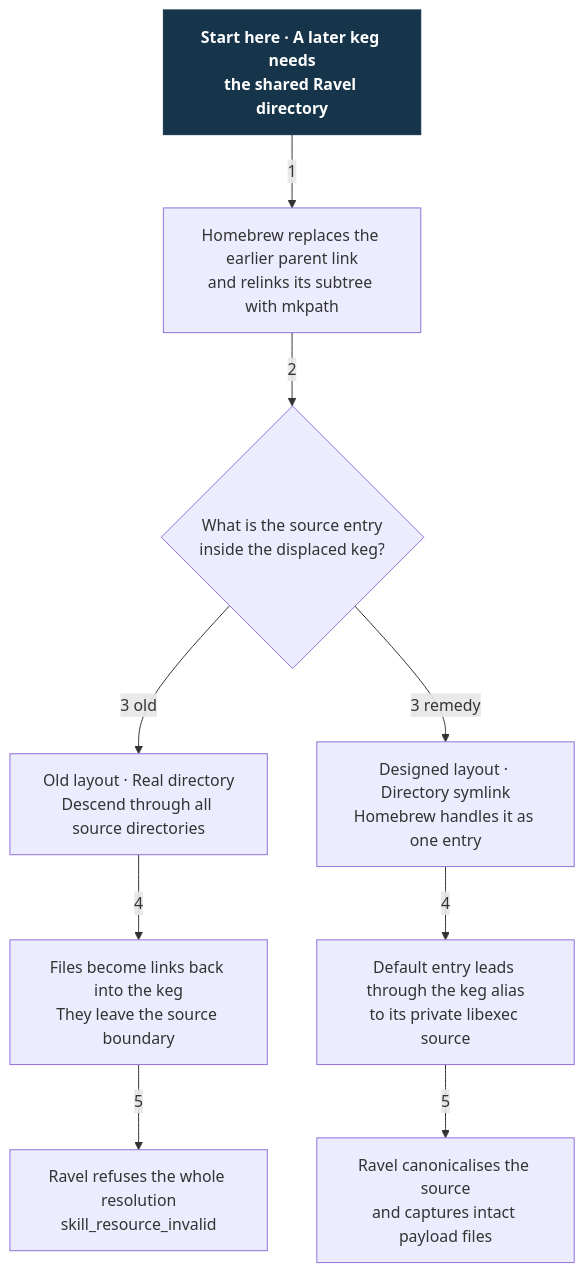
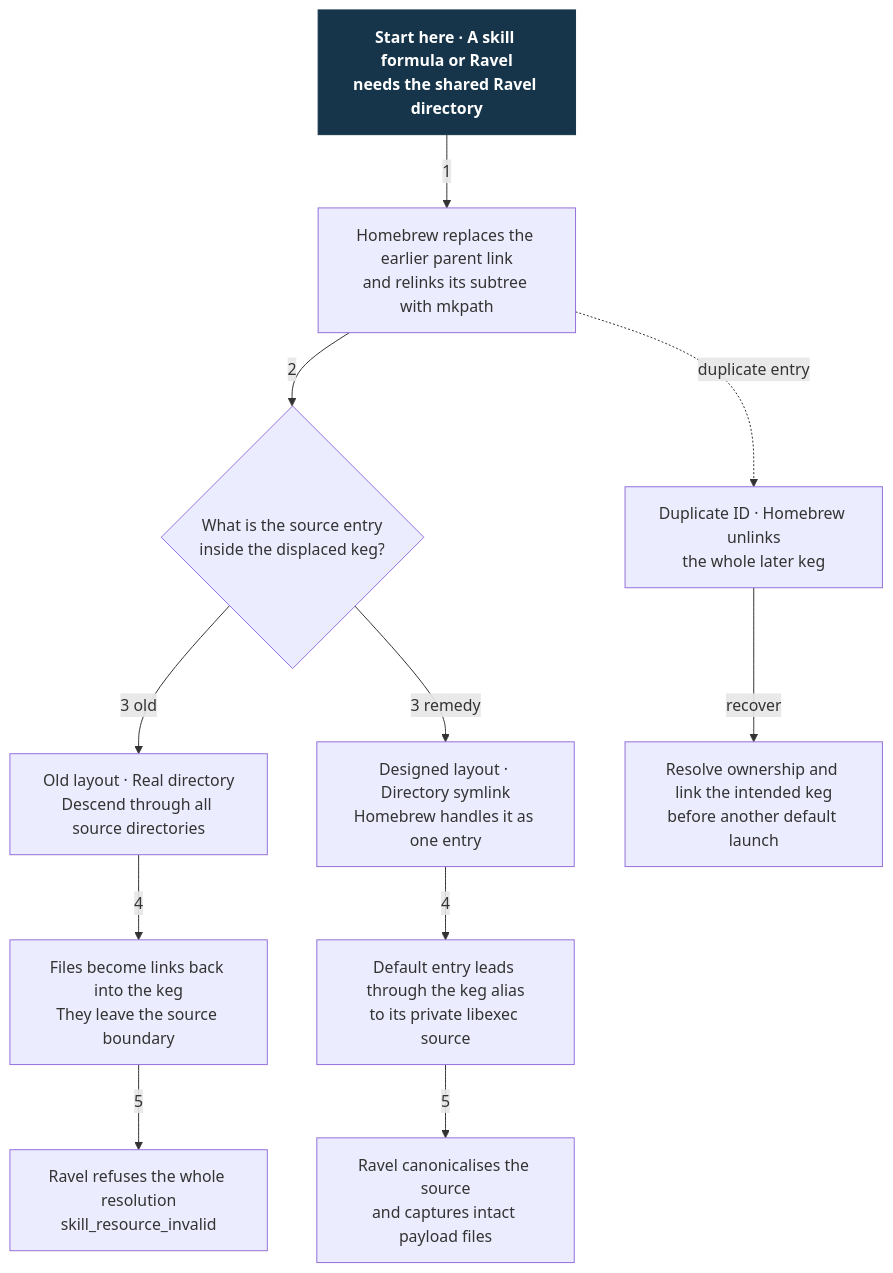
One commit to Linkuistics/grove changed the diagram in docs/design/harness-selection-and-execution/keg-link-layout.mmd. Above: the diagram before and after it, drawn with Mermaid. The commit also changed 20 other files, not shown here.

First line of the commit message:
Integrate directory-link layout review (skill-keg-link-layout-k292)

```diff
--- a/docs/design/harness-selection-and-execution/keg-link-layout.mmd
+++ b/docs/design/harness-selection-and-execution/keg-link-layout.mmd
@@ -1,20 +1,24 @@
 flowchart TB
-    A["Start here · A later keg needs<br/>the shared Ravel directory"]
+    A["Start here · A skill formula or Ravel<br/>needs the shared Ravel directory"]
     B["Homebrew replaces the earlier parent link<br/>and relinks its subtree with mkpath"]
     C{"What is the source entry<br/>inside the displaced keg?"}
     D["Old layout · Real directory<br/>Descend through all source directories"]
     E["Files become links back into the keg<br/>They leave the source boundary"]
     F["Ravel refuses the whole resolution<br/>skill_resource_invalid"]
     G["Designed layout · Directory symlink<br/>Homebrew handles it as one entry"]
     H["Default entry leads through the keg alias<br/>to its private libexec source"]
     I["Ravel canonicalises the source<br/>and captures intact payload files"]
+    J["Duplicate ID · Homebrew unlinks<br/>the whole later keg"]
+    K["Resolve ownership and link the intended keg<br/>before another default launch"]
     A -->|1| B
     B -->|2| C
     C -->|"3 old"| D
     D -->|4| E
     E -->|5| F
     C -->|"3 remedy"| G
     G -->|4| H
     H -->|5| I
+    B -.->|"duplicate entry"| J
+    J -->|"recover"| K
     classDef start fill:#16354a,color:#fff,stroke:#16354a,font-weight:bold
     class A start
```
